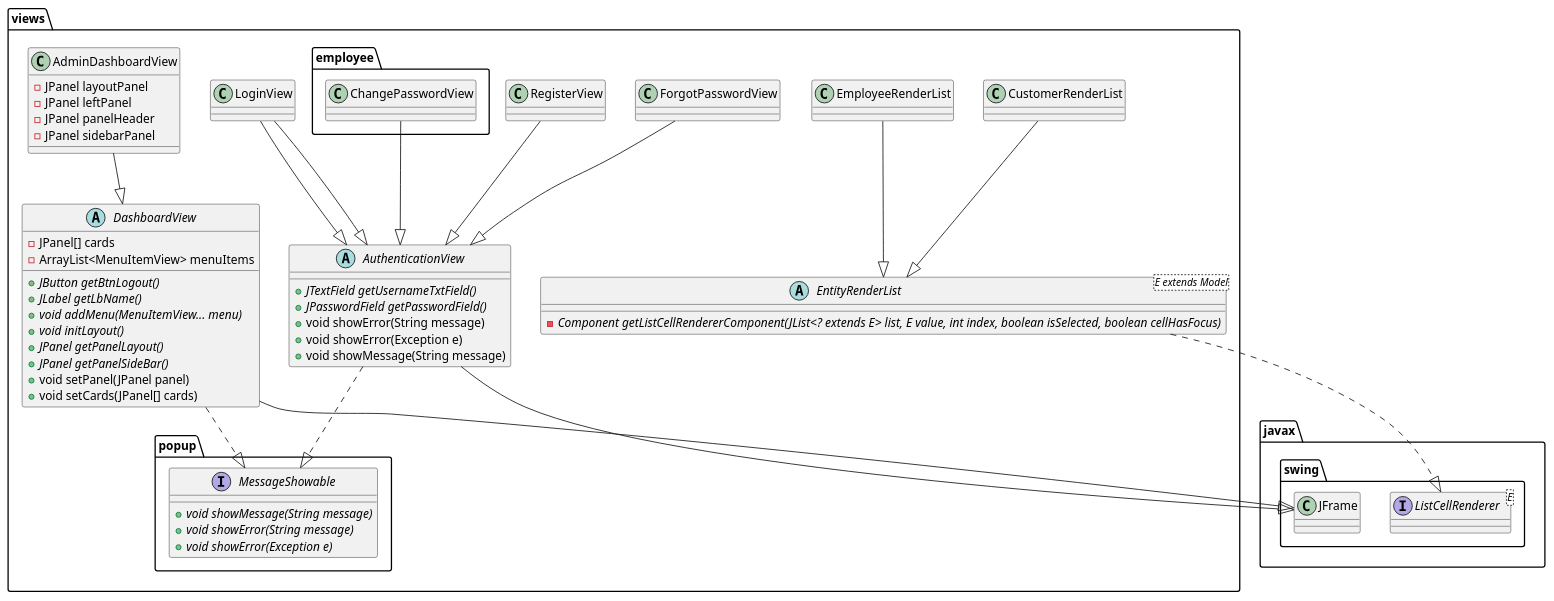
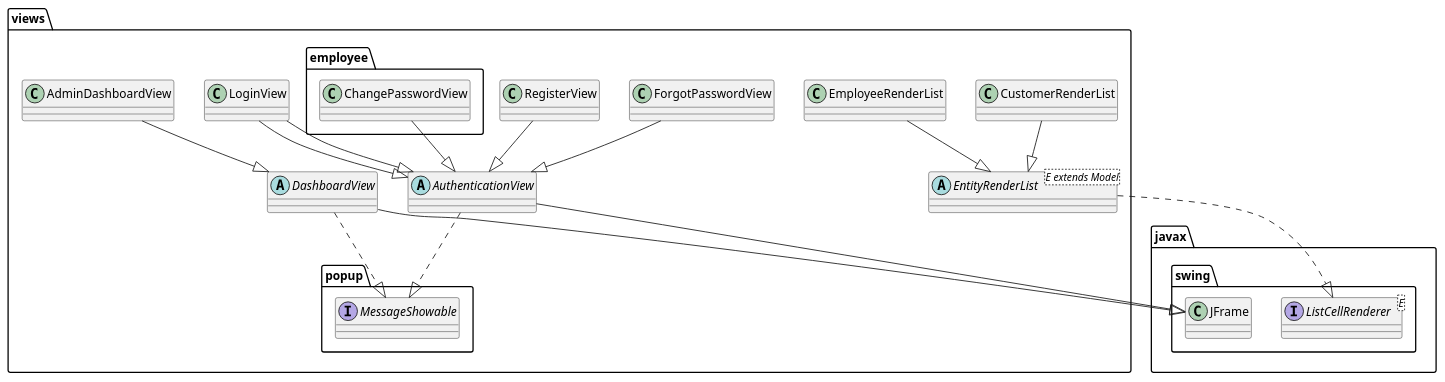
One commit to PTIT-D22KH/milktea_sales_management_project changed the diagram in report/diagrams/view_class_diagram.puml. Above: the diagram before and after it, drawn with PlantUML. The commit also changed 60 other files, not shown here.

```diff
--- a/report/diagrams/view_class_diagram.puml
+++ b/report/diagrams/view_class_diagram.puml
@@ -1,59 +1,40 @@
 @startuml
 package views {
     abstract class AuthenticationView {
-        + {abstract} JTextField getUsernameTxtField()
-        + {abstract} JPasswordField getPasswordField()
-        + void showError(String message)
-        + void showError(Exception e)
-        + void showMessage(String message)
+
     }
     class LoginView
     class ForgotPasswordView
     class RegisterView
     abstract class EntityRenderList <E extends Model> {
-        - {abstract} Component getListCellRendererComponent(JList<? extends E> list, E value, int index, boolean isSelected, boolean cellHasFocus)
     }
     class EmployeeRenderList
     class CustomerRenderList
     abstract class DashboardView {
-        - JPanel[] cards
-        - ArrayList<MenuItemView> menuItems
-        + {abstract} JButton getBtnLogout()
-        + {abstract} JLabel getLbName()
-        + {abstract} void addMenu(MenuItemView... menu)
-        + {abstract} void initLayout()
-        + {abstract} JPanel getPanelLayout()
-        + {abstract} JPanel getPanelSideBar()
-        + void setPanel(JPanel panel)
-        + void setCards(JPanel[] cards)
+
     }
     class AdminDashboardView {
-        - JPanel layoutPanel
-        - JPanel leftPanel
-        - JPanel panelHeader
-        - JPanel sidebarPanel
+
     }
     
 }
 interface javax.swing.ListCellRenderer<E>
 interface views.popup.MessageShowable {
-    + {abstract} void showMessage(String message)
-    + {abstract} void showError(String message)
-    + {abstract} void showError(Exception e)
+
 }
 class views.employee.ChangePasswordView
 views.AuthenticationView --|> javax.swing.JFrame
 views.AuthenticationView ..|> views.popup.MessageShowable
 views.EntityRenderList ..|> ListCellRenderer
 views.EmployeeRenderList --|> views.EntityRenderList
 views.CustomerRenderList --|> views.EntityRenderList
 
 views.DashboardView --|> javax.swing.JFrame
 views.DashboardView ..|> views.popup.MessageShowable
 views.LoginView --|> views.AuthenticationView
 views.RegisterView --|> views.AuthenticationView
 views.ForgotPasswordView --|> views.AuthenticationView
 views.employee.ChangePasswordView --|> views.AuthenticationView
 views.LoginView --|> views.AuthenticationView
 views.AdminDashboardView --|> views.DashboardView
 @enduml
```
